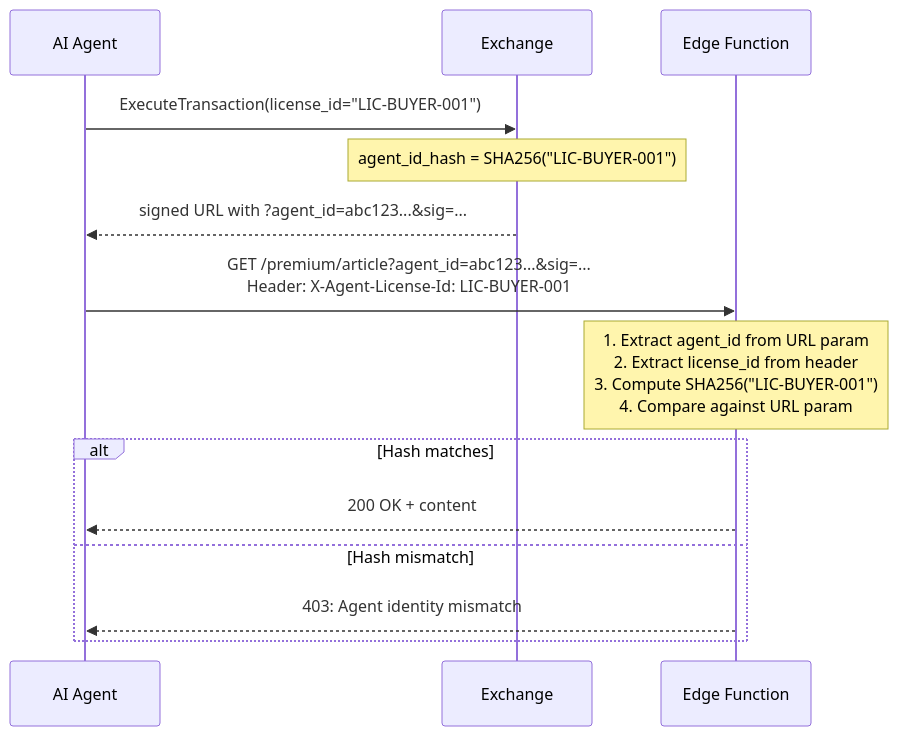
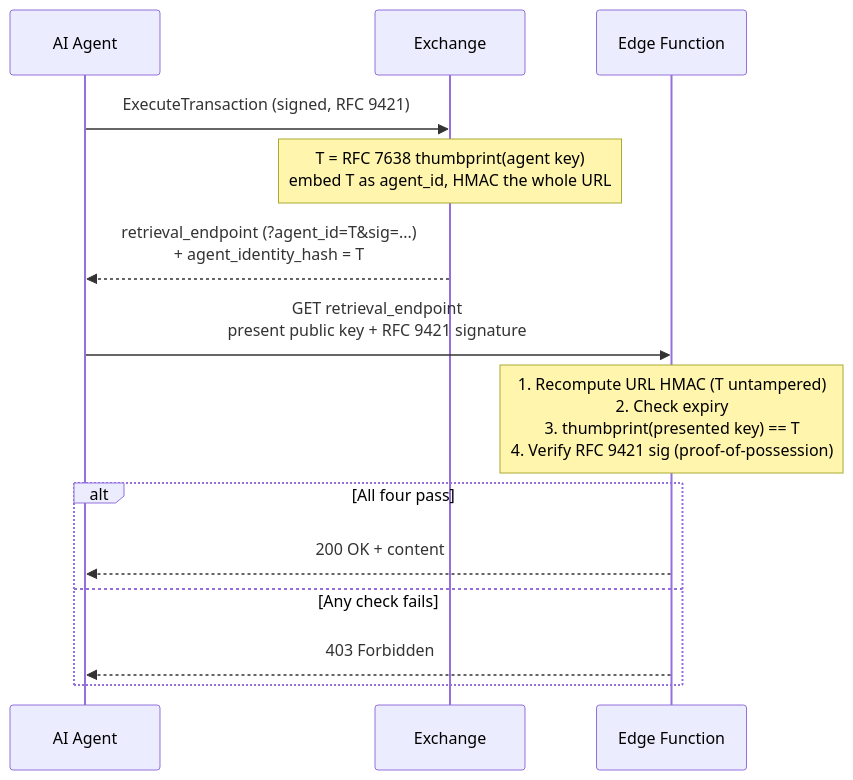
The third of 5 diagrams in website/src/content/docs/components/edge-function/signed-url-verification.mdx (RAMP-Protocol/protocol), drawn with Mermaid before and after one commit. The commit also changed other lines of this file and 17 other files, not shown here.

First line of the commit message:
docs(website): sync signed-URL binding and retrieval_endpoint with proto

````diff
--- a/website/src/content/docs/components/edge-function/signed-url-verification.mdx
+++ b/website/src/content/docs/components/edge-function/signed-url-verification.mdx
@@ -141,18 +149,18 @@
 ```mermaid
 sequenceDiagram
     participant Agent as AI Agent
     participant MP as Exchange
     participant Edge as Edge Function
 
-    Agent->>MP: ExecuteTransaction(license_id="LIC-BUYER-001")
-    Note over MP: agent_id_hash = SHA256("LIC-BUYER-001")
-    MP-->>Agent: signed URL with ?agent_id=abc123...&sig=...
+    Agent->>MP: ExecuteTransaction (signed, RFC 9421)
+    Note over MP: T = RFC 7638 thumbprint(agent key)<br/>embed T as agent_id, HMAC the whole URL
+    MP-->>Agent: retrieval_endpoint (?agent_id=T&sig=...)<br/>+ agent_identity_hash = T
 
-    Agent->>Edge: GET /premium/article?agent_id=abc123...&sig=...<br/>Header: X-Agent-License-Id: LIC-BUYER-001
-    Note over Edge: 1. Extract agent_id from URL param<br/>2. Extract license_id from header<br/>3. Compute SHA256("LIC-BUYER-001")<br/>4. Compare against URL param
-    alt Hash matches
+    Agent->>Edge: GET retrieval_endpoint<br/>present public key + RFC 9421 signature
+    Note over Edge: 1. Recompute URL HMAC (T untampered)<br/>2. Check expiry<br/>3. thumbprint(presented key) == T<br/>4. Verify RFC 9421 sig (proof-of-possession)
+    alt All four pass
         Edge-->>Agent: 200 OK + content
-    else Hash mismatch
-        Edge-->>Agent: 403: Agent identity mismatch
+    else Any check fails
+        Edge-->>Agent: 403 Forbidden
     end
 ```
````
